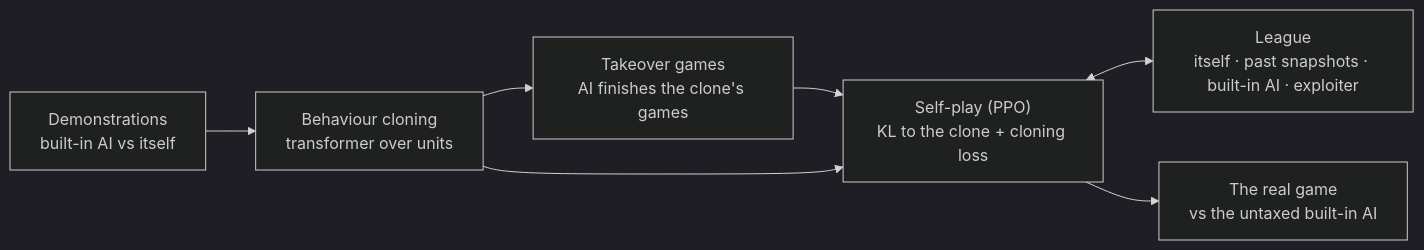
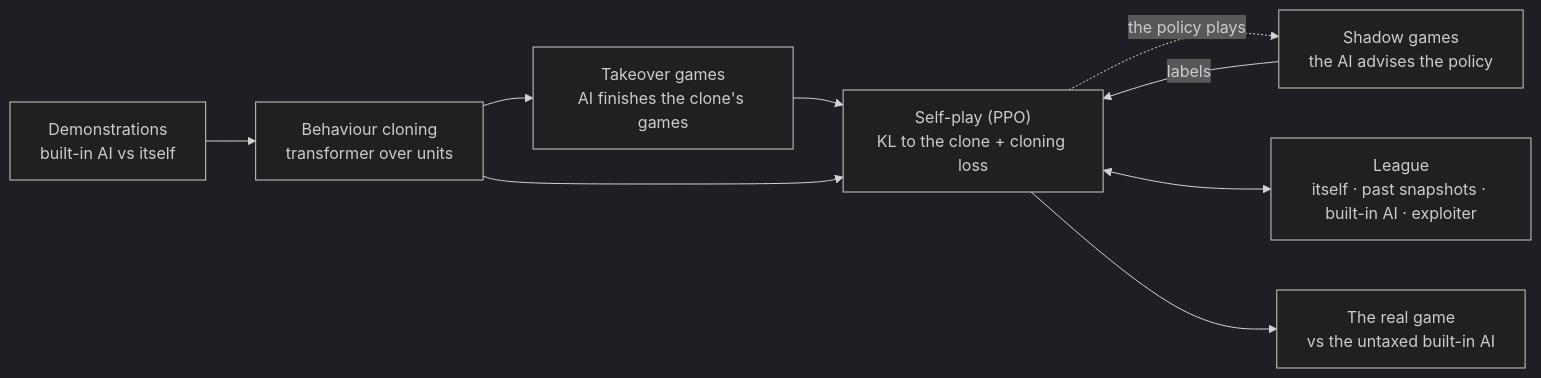
The diagram in docs/overview.md (RobinKa/warcraftsim), drawn with Mermaid (dark theme) before and after one commit. The commit also changed other lines of this file and 2 other files, not shown here.

Commit message:
docs: the built-in AI as an advisor (shadow games); fgself-12 loses the real game, it does not tie

````diff
--- a/docs/overview.md
+++ b/docs/overview.md
@@ -16,9 +16,11 @@
 ```mermaid
 flowchart LR
   D["Demonstrations<br/>built-in AI vs itself"] --> BC["Behaviour cloning<br/>transformer over units"]
   BC --> T["Takeover games<br/>AI finishes the clone's games"]
   T --> SP["Self-play (PPO)<br/>KL to the clone + cloning loss"]
+  SP -. "the policy plays" .-> SH["Shadow games<br/>the AI advises the policy"]
+  SH -- "labels" --> SP
   BC --> SP
   SP <--> L["League<br/>itself · past snapshots · built-in AI · exploiter"]
   SP --> E["The real game<br/>vs the untaxed built-in AI"]
 ```
````
